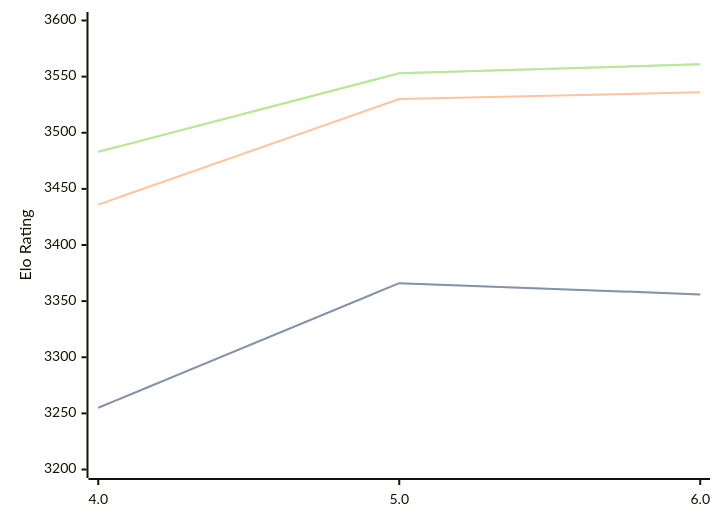
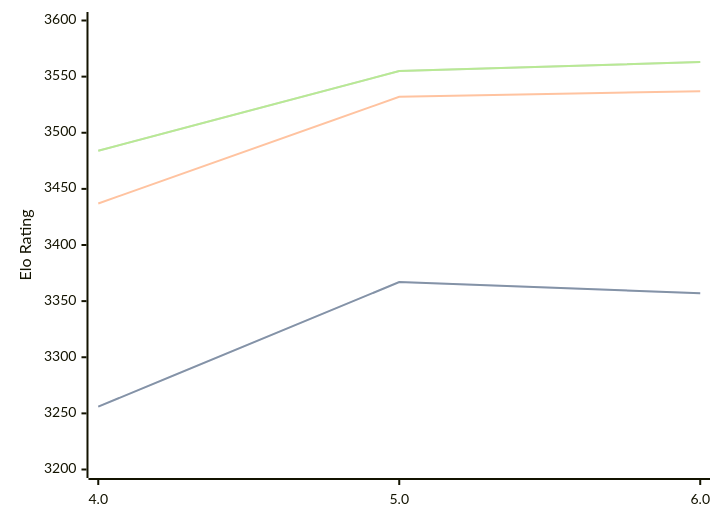
The diagram in engines/Tarnished.md (computer-chess-index/cci), drawn with Mermaid before and after one commit. The commit also changed other lines of this file, not shown here.

Commit message:
Update CCI Ratings (ELO VLTC) - 2026-09-08

````diff
--- a/engines/Tarnished.md
+++ b/engines/Tarnished.md
@@ -33,11 +33,11 @@
 ```mermaid
 %%{init: {"theme":"base","themeVariables":{"seriesColors:['#a3a3a3','#222221','#faa371']}}}%%
 xychart-beta
   x-axis ["4.0", "5.0", "6.0"]
   y-axis "Elo Rating" 3200 --> 3600
-  line "" [3255, 3366, 3356]
-  line "STC (8.0+0.08s)" [3255, 3366, 3356]
-  line "LTC (60.0+0.60s)" [3436, 3530, 3536]
-  line "" [3483, 3553, 3561]
-  line "VLTC (2m24s+1.12s)" [3483, 3553, 3561]
+  line "" [3256, 3367, 3357]
+  line "STC (8.0+0.08s)" [3256, 3367, 3357]
+  line "LTC (60.0+0.60s)" [3437, 3532, 3537]
+  line "" [3484, 3555, 3563]
+  line "VLTC (2m24s+1.12s)" [3484, 3555, 3563]
 ```
````
